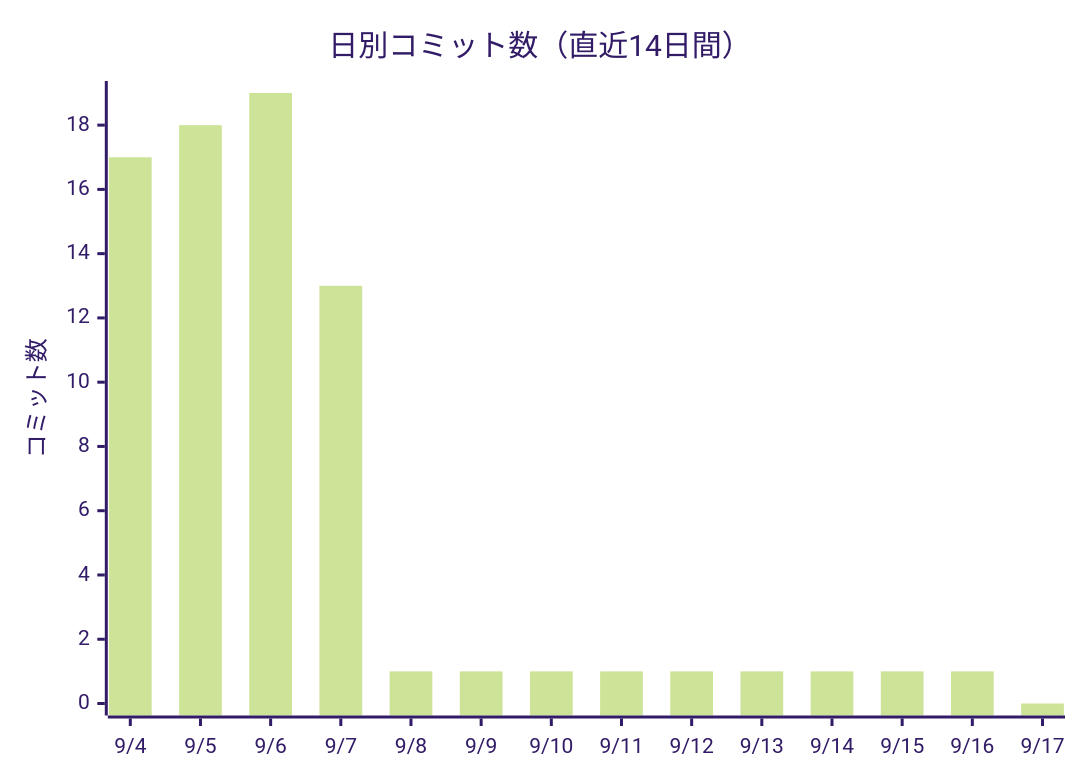
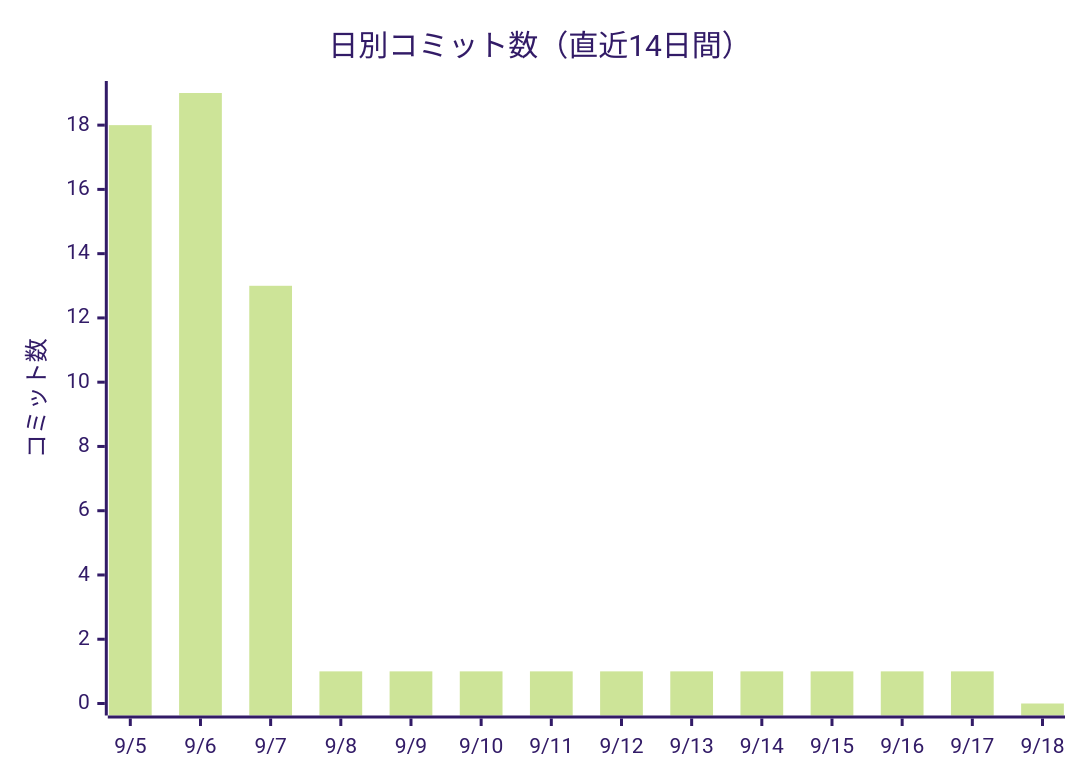
One commit to non-x2/non-x2 changed the first of 2 diagrams in docs/進化レポート.md. Above: the diagram before and after it, drawn with Mermaid (forest theme). The commit also changed other lines of this file and 2 other files, not shown here.

````diff
--- a/docs/進化レポート.md
+++ b/docs/進化レポート.md
@@ -23,7 +23,7 @@
 ```mermaid
 xychart-beta
     title "日別コミット数（直近14日間）"
-    x-axis ["9/4", "9/5", "9/6", "9/7", "9/8", "9/9", "9/10", "9/11", "9/12", "9/13", "9/14", "9/15", "9/16", "9/17"]
+    x-axis ["9/5", "9/6", "9/7", "9/8", "9/9", "9/10", "9/11", "9/12", "9/13", "9/14", "9/15", "9/16", "9/17", "9/18"]
     y-axis "コミット数"
-    bar [17, 18, 19, 13, 1, 1, 1, 1, 1, 1, 1, 1, 1, 0]
+    bar [18, 19, 13, 1, 1, 1, 1, 1, 1, 1, 1, 1, 1, 0]
 ```
````
